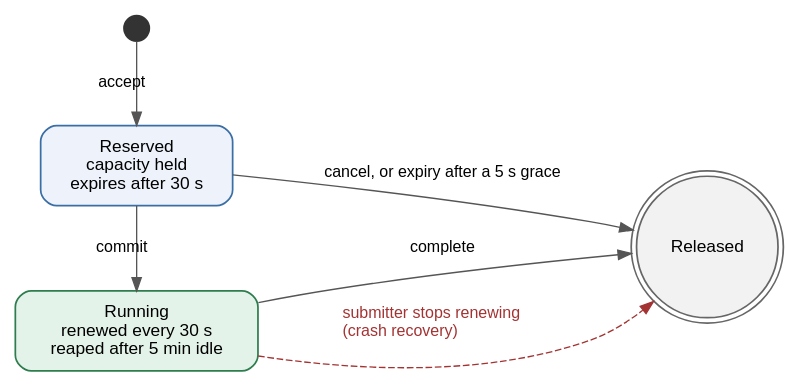
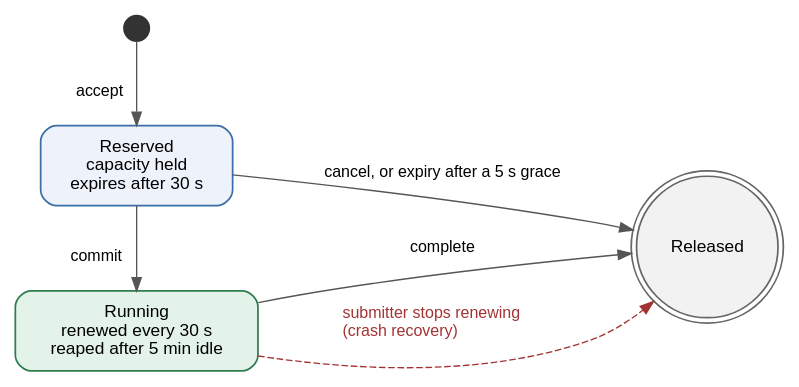
One commit to vinayakyadav2709/Pipedpeer changed the diagram in docs/diagrams/src/fig_4.3_lease_fsm.dot. Above: the diagram before and after it, drawn with Graphviz. The commit also changed 23 other files, not shown here.

```diff
--- a/docs/diagrams/src/fig_4.3_lease_fsm.dot
+++ b/docs/diagrams/src/fig_4.3_lease_fsm.dot
@@ -1,25 +1,25 @@
 // Figure 4.3 - Lease state machine on the worker.
 // Laid out over two rows: a single row gives a 6:1 strip whose labels are
 // unreadable once scaled to the text width.
 digraph LeaseFSM {
   rankdir=LR; bgcolor="white"; nodesep=0.45; ranksep=0.85;
   node [fontname="Helvetica", fontsize=13, shape=box, style="rounded,filled",
         fillcolor="#eef3fb", color="#3b6ea5", penwidth=1.3, margin="0.20,0.13"];
   edge [fontname="Helvetica", fontsize=12, color="#555555"];
 
   start [label="", shape=circle, width=0.26, style=filled, fillcolor="#333333", color="#333333"];
   res   [label="Reserved\ncapacity held\nexpires after 30 s"];
   run   [label="Running\nrenewed every 30 s\nreaped after 5 min idle", fillcolor="#e3f3e9", color="#2f7d4f"];
   gone  [label="Released", shape=doublecircle, style=filled, fillcolor="#f2f2f2", color="#666666", margin="0.10,0.08"];
 
-  start -> res [label="  accept  "];
-  res -> run   [label="  commit  "];
+  start -> res [xlabel="accept  "];
+  res -> run   [xlabel="commit  "];
   run -> gone  [label="  complete  "];
 
   // The two failure exits go on a second row so their labels have room.
   res -> gone [label="  cancel, or expiry after a 5 s grace  "];
   run -> gone [label="  submitter stops renewing\l  (crash recovery)\l",
                style=dashed, color="#a33333", fontcolor="#a33333"];
 
   { rank=same; start; res; run; }
 }
```
